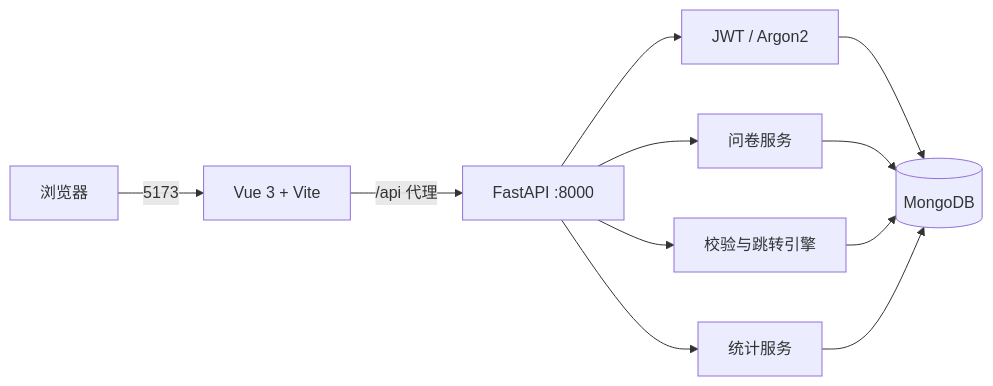
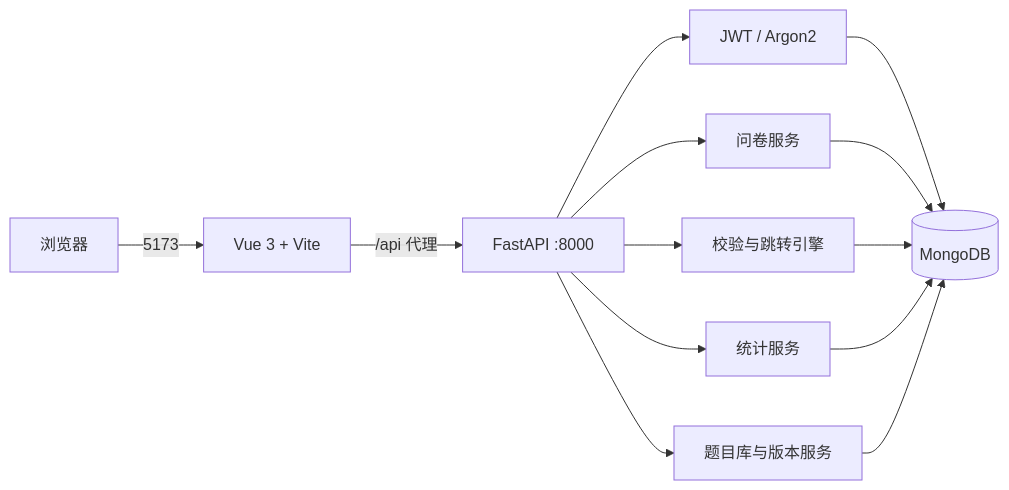
The first of 3 diagrams in docs/system-design.md (kinnekovo/Data-Management-System), drawn with Mermaid before and after one commit. The commit also changed other lines of this file and 31 other files, not shown here.

````diff
--- a/docs/system-design.md
+++ b/docs/system-design.md
@@ -9,13 +9,15 @@
 ```mermaid
 flowchart LR
     B[浏览器] -->|5173| F[Vue 3 + Vite]
     F -->|/api 代理| A[FastAPI :8000]
     A --> AUTH[JWT / Argon2]
     A --> SURVEY[问卷服务]
     A --> RULE[校验与跳转引擎]
     A --> STAT[统计服务]
+    A --> LIB[题目库与版本服务]
     AUTH --> DB[(MongoDB)]
     SURVEY --> DB
     RULE --> DB
     STAT --> DB
+    LIB --> DB
 ```
````
